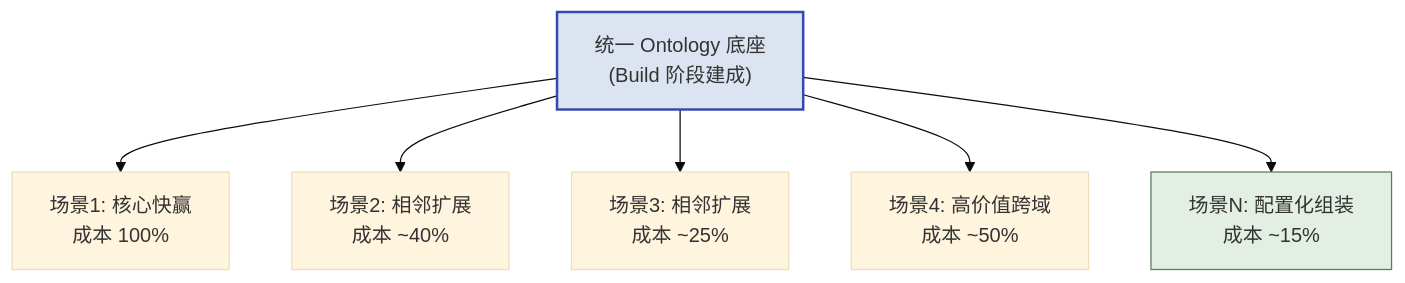
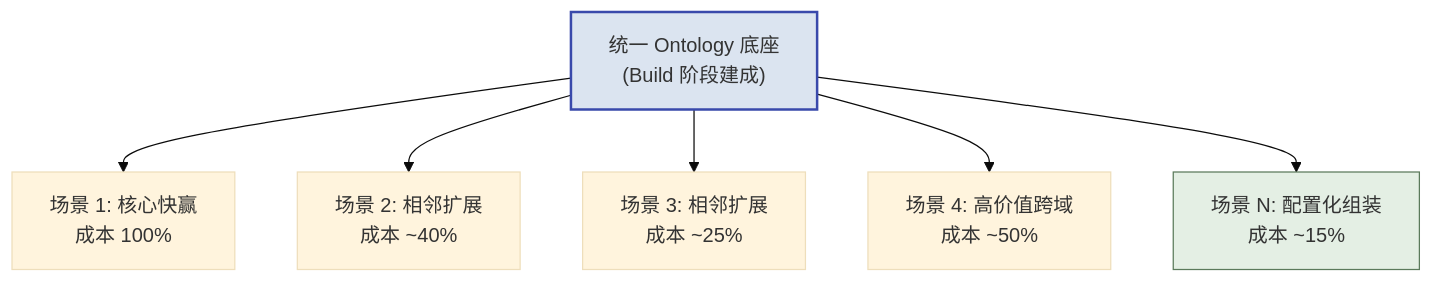
One commit to cloudzun/fde-course changed the diagram in textbook/第08章_Phase4_Scale.md. Above: the diagram before and after it, drawn with Mermaid (base theme). The commit also changed other lines of this file and 25 other files, not shown here.

````diff
--- a/textbook/第08章_Phase4_Scale.md
+++ b/textbook/第08章_Phase4_Scale.md
@@ -36,12 +36,12 @@
 ```mermaid
 graph TD
     onto["统一 Ontology 底座<br/>(Build 阶段建成)"]
-    onto --> sc1["场景1: 核心快赢<br/>成本 100%"]
-    onto --> sc2["场景2: 相邻扩展<br/>成本 ~40%"]
-    onto --> sc3["场景3: 相邻扩展<br/>成本 ~25%"]
-    onto --> sc4["场景4: 高价值跨域<br/>成本 ~50%"]
-    onto --> sc5["场景N: 配置化组装<br/>成本 ~15%"]
+    onto --> sc1["场景 1: 核心快赢<br/>成本 100%"]
+    onto --> sc2["场景 2: 相邻扩展<br/>成本 ~40%"]
+    onto --> sc3["场景 3: 相邻扩展<br/>成本 ~25%"]
+    onto --> sc4["场景 4: 高价值跨域<br/>成本 ~50%"]
+    onto --> sc5["场景 N: 配置化组装<br/>成本 ~15%"]
 
     style onto fill:#dbe4f0,stroke:#3949ab,stroke-width:2px
     style sc5 fill:#e4efe4,stroke:#5b7a5b
 ```
````
